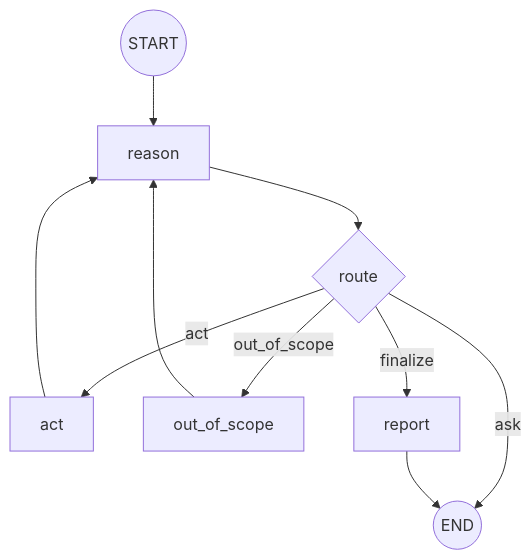
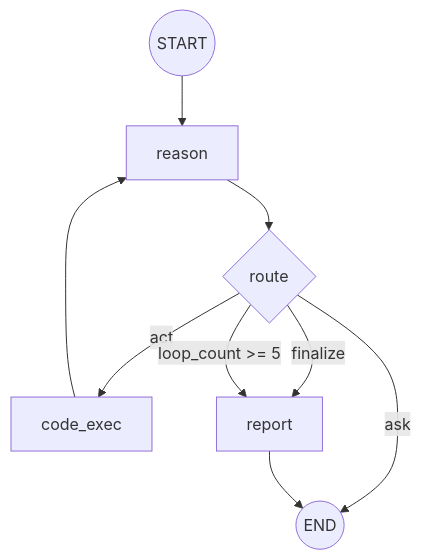
One commit to take326/data_analysis_agent changed the first of 2 diagrams in spec/react_data_agent/design.md. Above: the diagram before and after it, drawn with Mermaid. The commit also changed other lines of this file, not shown here.

````diff
--- a/spec/react_data_agent/design.md
+++ b/spec/react_data_agent/design.md
@@ -63,13 +50,12 @@
 ```mermaid
 graph TD
     START((START)) --> reason[reason]
     reason --> router{route}
     router -->|ask| END((END))
-    router -->|act| act[act]
-    router -->|out_of_scope| outOfScope[out_of_scope]
+    router -->|act| code_exec[code_exec]
     router -->|finalize| report[report]
+    router -->|loop_count >= 5| report
 
-    act --> reason
-    outOfScope --> reason
+    code_exec --> reason
     report --> END((END))
 ```
````
